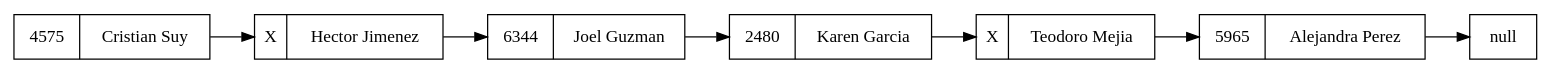
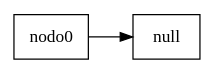
Before and after one commit to Ssolares0/EDD_VJ1S2023_PY_202004822: the diagram in FASE1/Reportes/cola.dot, drawn with Graphviz. The commit also changed 4 other files, not shown here.

```diff
--- a/FASE1/Reportes/cola.dot
+++ b/FASE1/Reportes/cola.dot
@@ -1,17 +1,6 @@
 digraph cola{
 rankdir=LR;
 node[shape = record];
 nodonull2[label="null"];
-nodo0[label="{4575|Cristian Suy }"];
-nodo1[label="{X|Hector Jimenez }"];
-nodo2[label="{6344|Joel Guzman }"];
-nodo3[label="{2480|Karen Garcia }"];
-nodo4[label="{X|Teodoro Mejia }"];
-nodo5[label="{5965|Alejandra Perez }"];
-nodo0->nodo1;
-nodo1->nodo2;
-nodo2->nodo3;
-nodo3->nodo4;
-nodo4->nodo5;
-nodo5->nodonull2;
+nodo0->nodonull2;
 }
```
